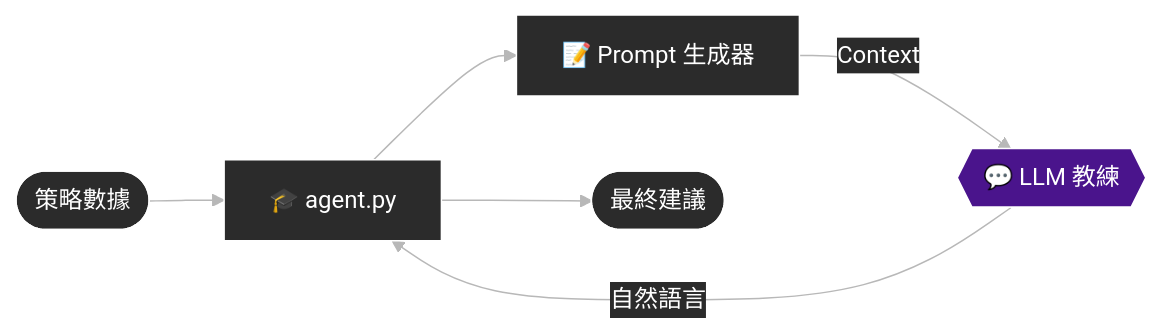
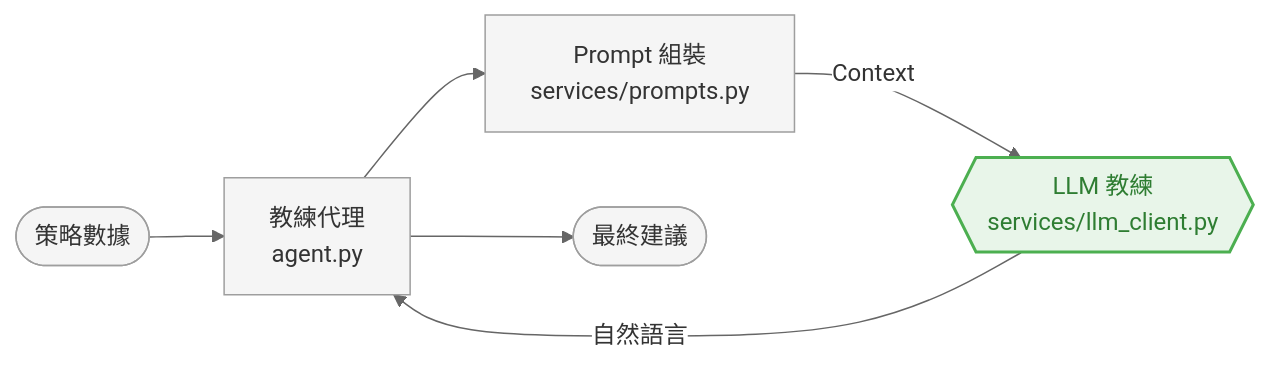
The fourth of 5 diagrams in project_workflow.md (darkloudddd/my-poker-coach), drawn with Mermaid before and after one commit. The commit also changed other lines of this file, not shown here.

Commit message:
Add system architecture documentation and diagrams

````diff
--- a/project_workflow.md
+++ b/project_workflow.md
@@ -86,15 +90,15 @@
 ```mermaid
-%%{init: {'theme': 'base', 'themeVariables': { 'primaryColor': '#2b2b2b', 'primaryTextColor': '#fff', 'lineColor': '#b8b8b8', 'edgeLabelBackground': '#2b2b2b', 'tertiaryTextColor': '#fff'}}}%%
+%%{init: {'theme': 'base', 'themeVariables': { 'primaryColor': '#fcfcfc', 'primaryTextColor': '#333', 'lineColor': '#666', 'edgeLabelBackground': '#ffffff'}}}%%
 graph LR
-    Data([策略數據]) --> Agent[🎓 agent.py]
+    Data([策略數據]) --> Agent[教練代理<br/>agent.py]
     
-    Agent --> Gen[📝 Prompt 生成器]
-    Gen -->|Context| Coach{{💬 LLM 教練}}
+    Agent --> Gen[Prompt 組裝<br/>services/prompts.py]
+    Gen -->|Context| Coach{{LLM 教練<br/>services/llm_client.py}}
     Coach -->|自然語言| Agent
     
     Agent --> Final([最終建議])
 
-    classDef default fill:#2b2b2b,stroke:#fff,color:#fff;
-    classDef llm fill:#4a148c,stroke:#fff,color:#fff;
+    classDef default fill:#f5f5f5,stroke:#9e9e9e,stroke-width:1px,color:#333;
+    classDef llm fill:#e8f5e9,stroke:#4caf50,stroke-width:2px,color:#2e7d32;
     class Coach llm;
 ```
````
